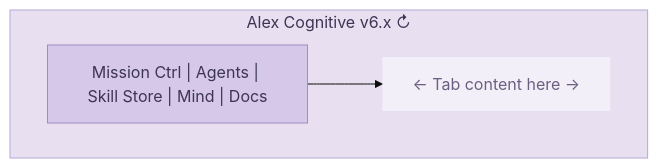
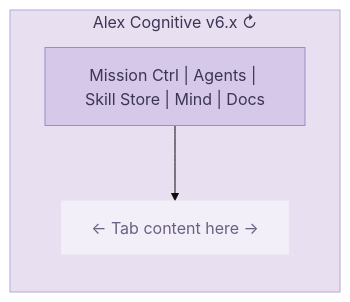
One commit to fabioc-aloha/Alex_Plug_In changed the second of 4 diagrams in alex_docs/research/COMMAND-CENTER-FEASIBILITY-2026-03-05.md. Above: the diagram before and after it, drawn with Mermaid (base theme). The commit also changed other lines of this file, not shown here.

````diff
--- a/alex_docs/research/COMMAND-CENTER-FEASIBILITY-2026-03-05.md
+++ b/alex_docs/research/COMMAND-CENTER-FEASIBILITY-2026-03-05.md
@@ -65,10 +312,10 @@
 ```mermaid
-graph TD
+graph LR
     subgraph Sidebar["Alex Cognitive v6.x  ↻"]
         TabBar["Mission Ctrl | Agents | Skill Store | Mind | Docs"]
         TabBar --> Content["← Tab content here →"]
     end
     style Sidebar fill:#e8e0f0,stroke:#b4a7d6,color:#3c3553
     style TabBar fill:#d5c8e8,stroke:#9b8ec4,color:#3c3553
     style Content fill:#f3eff8,stroke:none,color:#6b5f82
 ```
````
